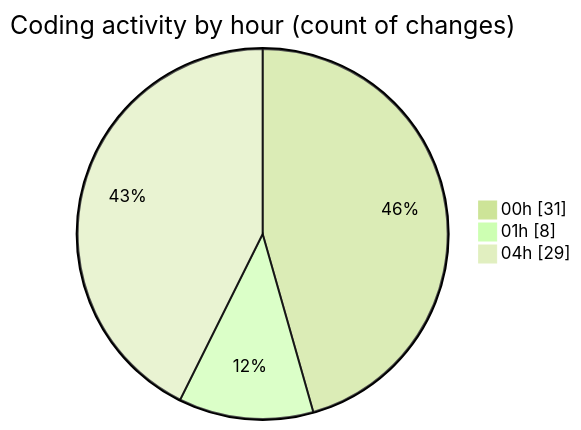
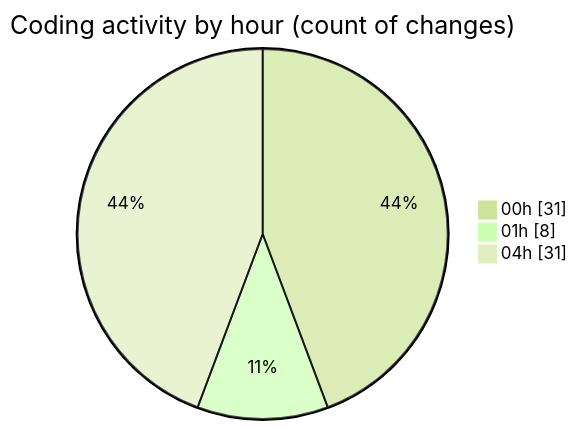
The second of 2 diagrams in 2025-10-28/usr_aleoudev_fr__workspace_/README.md (julien-gomy/code-tracking), drawn with Mermaid (forest theme) before and after one commit. The commit also changed other lines of this file and 1 other file, not shown here.

````diff
--- a/2025-10-28/usr_aleoudev_fr__workspace_/README.md
+++ b/2025-10-28/usr_aleoudev_fr__workspace_/README.md
@@ -33,7 +33,7 @@
 ```mermaid
 pie showData
 title Coding activity by hour (count of changes)
 "00h" : 31
 "01h" : 8
-"04h" : 29
+"04h" : 31
 ```
````
